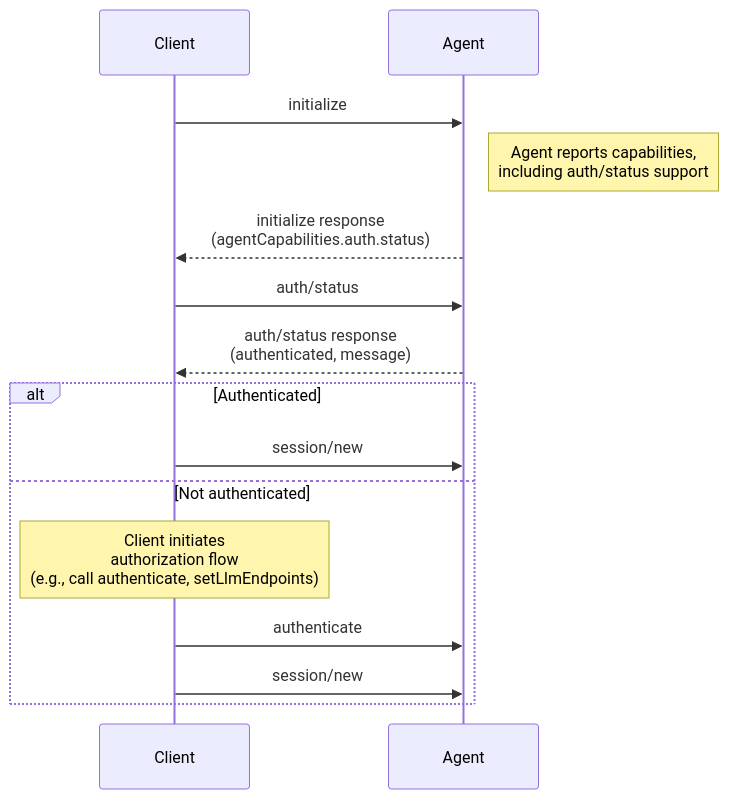
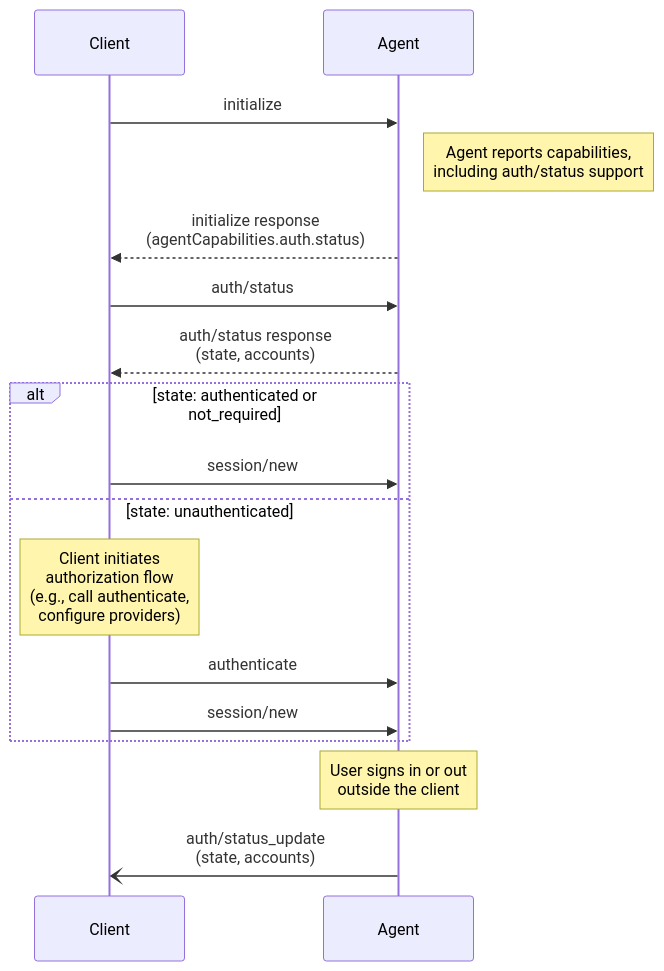
One commit to dayanruben/agent-client-protocol changed the diagram in docs/rfds/get-auth-state.mdx. Above: the diagram before and after it, drawn with Mermaid. The commit also changed other lines of this file and 16 other files, not shown here.

First line of the commit message:
feat(unstable): add auth/status method and auth/status_update notification (#2732)

````diff
--- a/docs/rfds/get-auth-state.mdx
+++ b/docs/rfds/get-auth-state.mdx
@@ -51,20 +52,23 @@
 ```mermaid
 sequenceDiagram
     participant Client
     participant Agent
 
     Client->>Agent: initialize
     Note right of Agent: Agent reports capabilities,<br/>including auth/status support
     Agent-->>Client: initialize response<br/>(agentCapabilities.auth.status)
 
     Client->>Agent: auth/status
-    Agent-->>Client: auth/status response<br/>(authenticated, message)
+    Agent-->>Client: auth/status response<br/>(state, accounts)
 
-    alt Authenticated
+    alt state: authenticated or not_required
         Client->>Agent: session/new
-    else Not authenticated
-        Note over Client: Client initiates<br/>authorization flow<br/>(e.g., call authenticate, setLlmEndpoints)
+    else state: unauthenticated
+        Note over Client: Client initiates<br/>authorization flow<br/>(e.g., call authenticate,<br/>configure providers)
         Client->>Agent: authenticate
         Client->>Agent: session/new
     end
+
+    Note over Agent: User signs in or out<br/>outside the client
+    Agent-)Client: auth/status_update<br/>(state, accounts)
 ```
````
